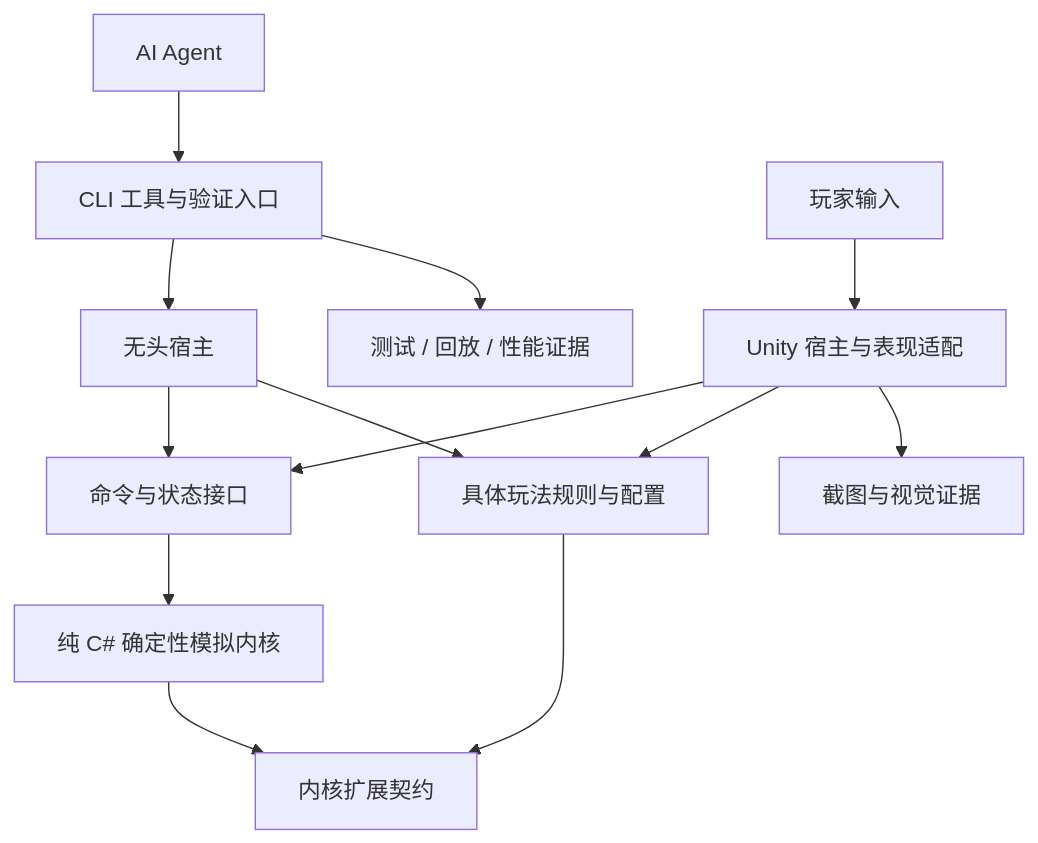
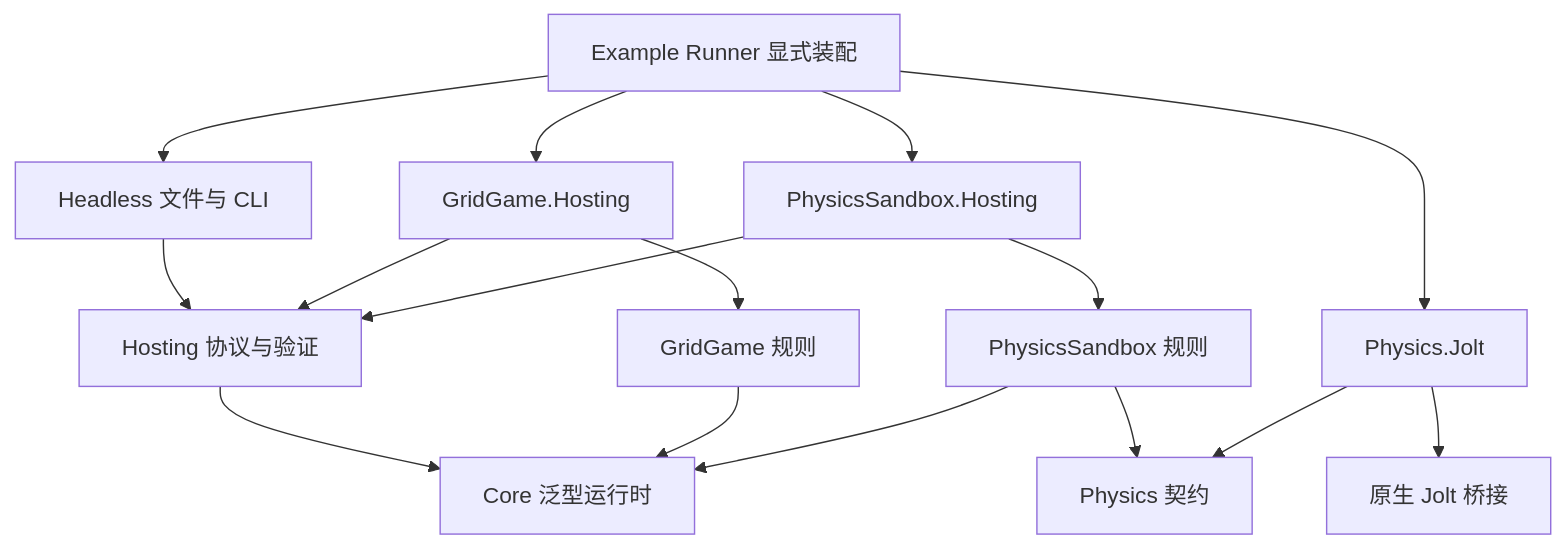
Before and after one commit to amuroray742-png/ai_native_game_engine: the diagram in docs/ai-native-game-engine-design.md, drawn with Mermaid. The commit also changed other lines of this file and 149 other files, not shown here.

Commit message:
Implement reusable v2 framework with GridGame and real Jolt examples

````diff
--- a/docs/ai-native-game-engine-design.md
+++ b/docs/ai-native-game-engine-design.md
@@ -33,15 +17,18 @@
 ```mermaid
 flowchart TD
-    Agent[AI Agent] --> CLI[CLI 工具与验证入口]
-    CLI --> Headless[无头宿主]
-    Player[玩家输入] --> Unity[Unity 宿主与表现适配]
-    Headless --> Boundary[命令与状态接口]
-    Unity --> Boundary
-    Boundary --> Core[纯 C# 确定性模拟内核]
-    Headless --> Rules[具体玩法规则与配置]
-    Unity --> Rules
-    Rules --> Contracts[内核扩展契约]
-    Core --> Contracts
-    CLI --> Evidence[测试 / 回放 / 性能证据]
-    Unity --> Visual[截图与视觉证据]
+    Runner[Example Runner 显式装配] --> Headless[Headless 文件与 CLI]
+    Headless --> Hosting[Hosting 协议与验证]
+    Hosting --> Core[Core 泛型运行时]
+    Runner --> GridAdapter[GridGame.Hosting]
+    Runner --> PhysicsAdapter[PhysicsSandbox.Hosting]
+    GridAdapter --> Hosting
+    GridAdapter --> Grid[GridGame 规则]
+    Grid --> Core
+    PhysicsAdapter --> Hosting
+    PhysicsAdapter --> Sandbox[PhysicsSandbox 规则]
+    Sandbox --> Core
+    Sandbox --> Physics[Physics 契约]
+    Runner --> Jolt[Physics.Jolt]
+    Jolt --> Physics
+    Jolt --> Native[原生 Jolt 桥接]
 ```
````
